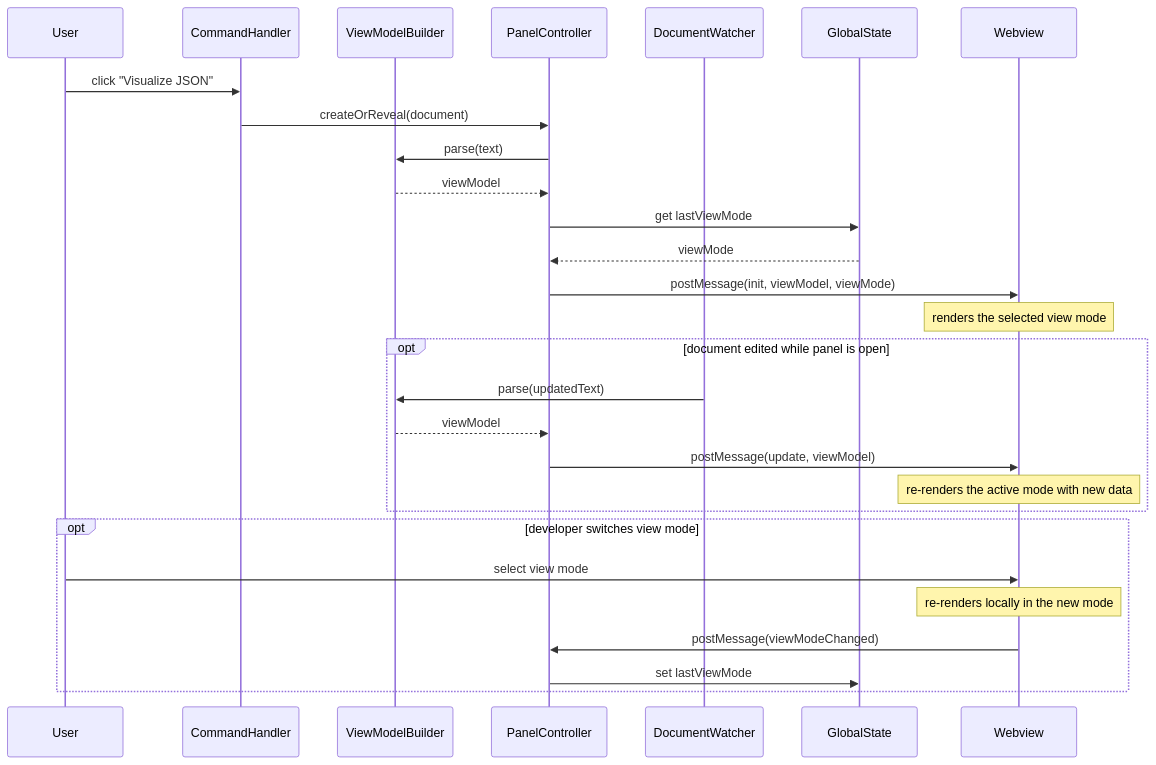
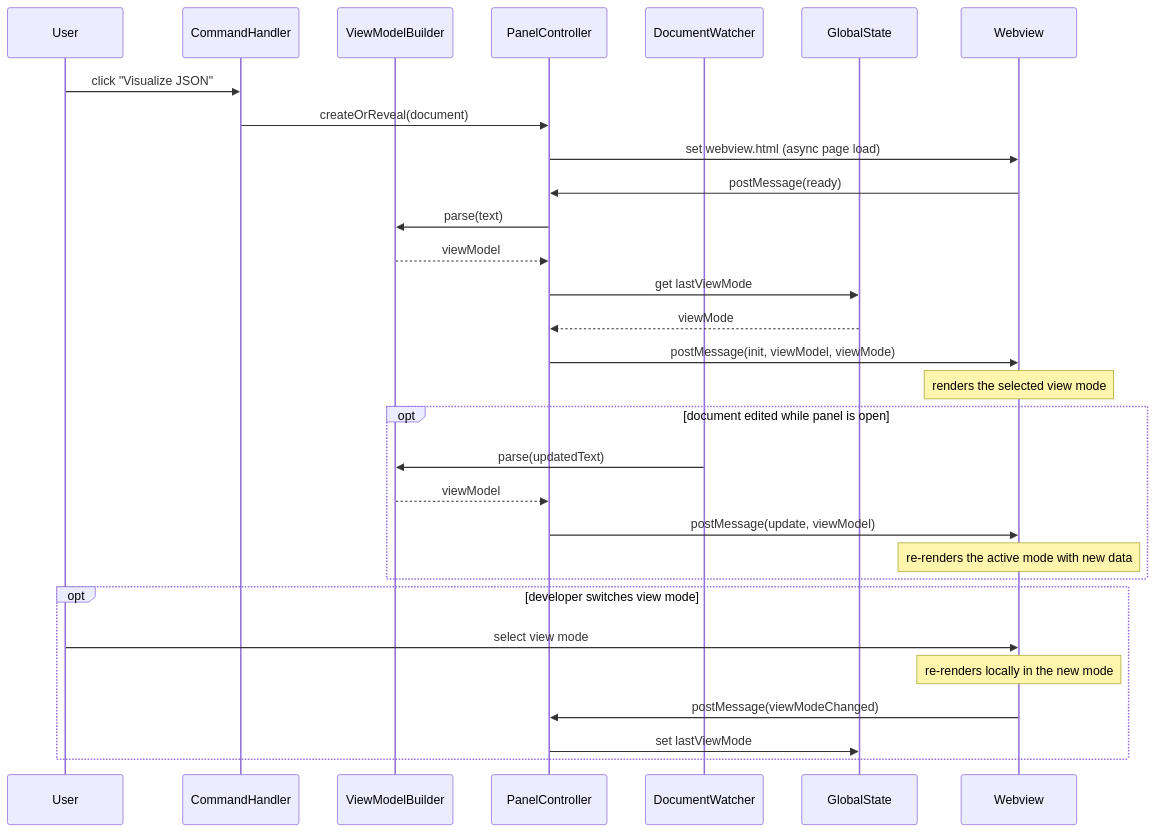
The third of 3 diagrams in .specs/json-visualizer/03_design.md (sohampatwardhan/json-tables), drawn with Mermaid before and after one commit. The commit also changed other lines of this file and 12 other files, not shown here.

````diff
--- a/.specs/json-visualizer/03_design.md
+++ b/.specs/json-visualizer/03_design.md
@@ -249,30 +257,32 @@
 ```mermaid
 sequenceDiagram
     participant User
     participant CommandHandler
     participant ViewModelBuilder
     participant PanelController
     participant DocumentWatcher
     participant GlobalState
     participant Webview
     User->>CommandHandler: click "Visualize JSON"
     CommandHandler->>PanelController: createOrReveal(document)
+    PanelController->>Webview: set webview.html (async page load)
+    Webview->>PanelController: postMessage(ready)
     PanelController->>ViewModelBuilder: parse(text)
     ViewModelBuilder-->>PanelController: viewModel
     PanelController->>GlobalState: get lastViewMode
     GlobalState-->>PanelController: viewMode
     PanelController->>Webview: postMessage(init, viewModel, viewMode)
     Note over Webview: renders the selected view mode
     opt document edited while panel is open
         DocumentWatcher->>ViewModelBuilder: parse(updatedText)
         ViewModelBuilder-->>PanelController: viewModel
         PanelController->>Webview: postMessage(update, viewModel)
         Note over Webview: re-renders the active mode with new data
     end
     opt developer switches view mode
         User->>Webview: select view mode
         Note over Webview: re-renders locally in the new mode
         Webview->>PanelController: postMessage(viewModeChanged)
         PanelController->>GlobalState: set lastViewMode
     end
 ```
````
